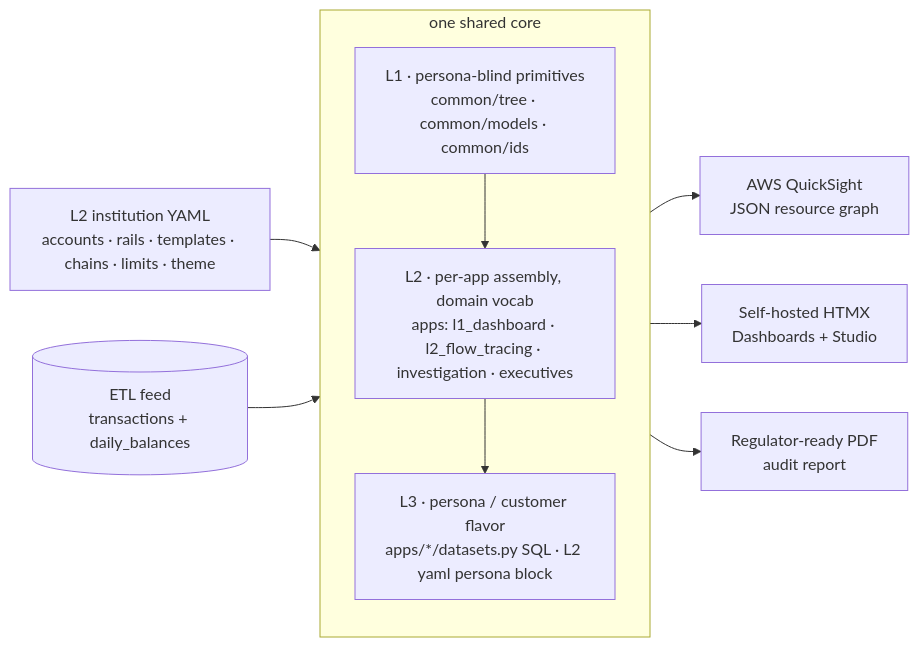
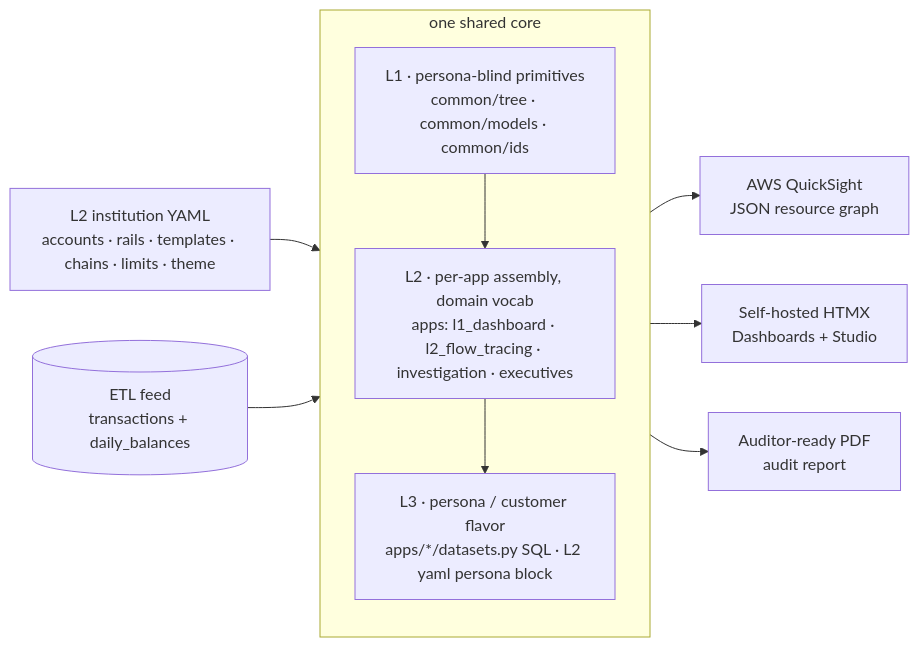
The diagram in README.md (chotchki/recon-gen), drawn with Mermaid before and after one commit. The commit also changed other lines of this file, not shown here.

First line of the commit message:
README: standardize on auditor-ready + cosmetic cleanup

````diff
--- a/README.md
+++ b/README.md
@@ -38,19 +38,19 @@
 ```mermaid
 flowchart LR
     YAML["L2 institution YAML<br/>accounts · rails · templates · chains · limits · theme"]
     FEED[("ETL feed<br/>transactions + daily_balances")]
 
     subgraph core["one shared core"]
       direction TB
       L1["L1 · persona-blind primitives<br/>common/tree · common/models · common/ids"]
       L2["L2 · per-app assembly, domain vocab<br/>apps: l1_dashboard · l2_flow_tracing · investigation · executives"]
       L3["L3 · persona / customer flavor<br/>apps/*/datasets.py SQL · L2 yaml persona block"]
       L1 --> L2 --> L3
     end
 
     YAML --> core
     FEED --> core
     core --> QS["AWS QuickSight<br/>JSON resource graph"]
     core --> HTMX["Self-hosted HTMX<br/>Dashboards + Studio"]
-    core --> PDF["Regulator-ready PDF<br/>audit report"]
+    core --> PDF["Auditor-ready PDF<br/>audit report"]
 ```
````
